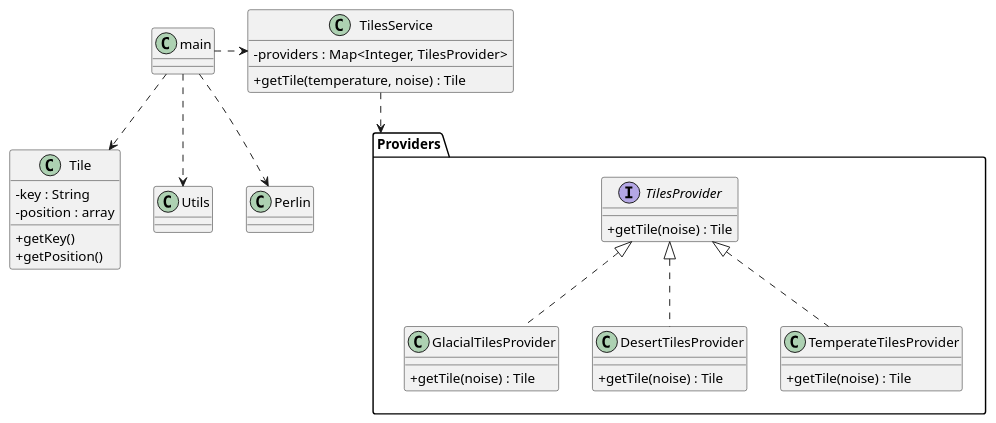
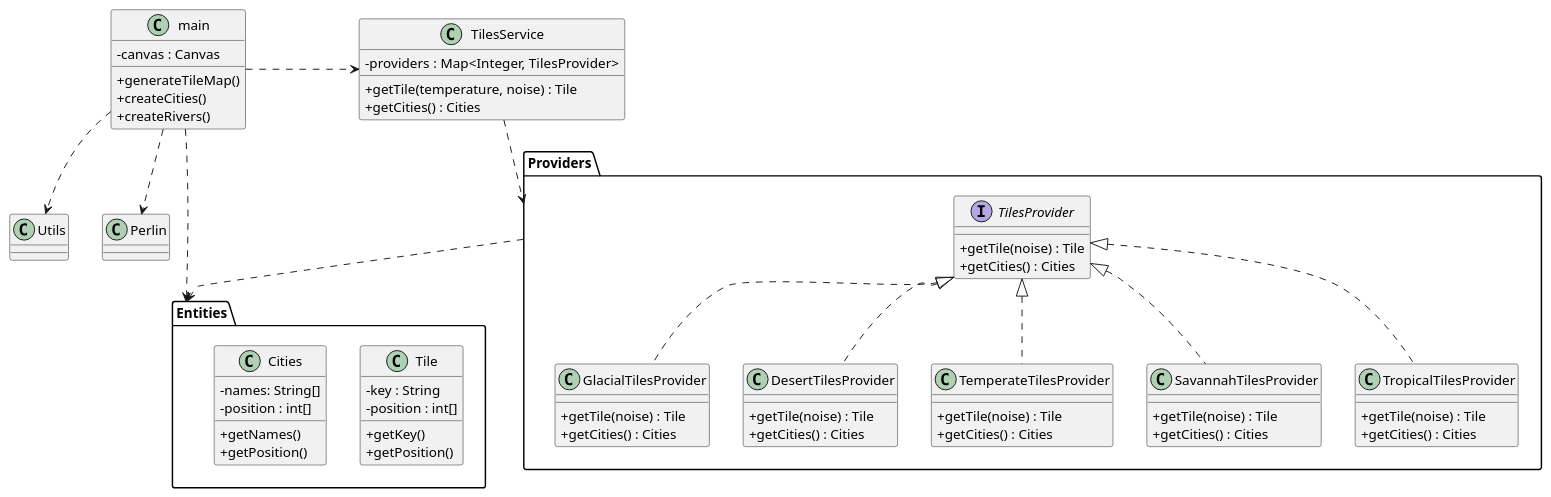
One commit to Jogak/MapGenerator changed the diagram in uml/structure.puml. Above: the diagram before and after it, drawn with PlantUML. The commit also changed 3 other files, not shown here.

Commit message:
Useless elements removed + uml updated

```diff
--- a/uml/structure.puml
+++ b/uml/structure.puml
@@ -1,52 +1,85 @@
 @startuml
 skinparam classAttributeIconSize 0
 
 class main {
-
+    - canvas : Canvas
+    + generateTileMap()
+    + createCities()
+    + createRivers()
 }
 
 class TilesService {
     - providers : Map<Integer, TilesProvider>
     + getTile(temperature, noise) : Tile
+    + getCities() : Cities
 }
 
 package Providers {
 
 interface TilesProvider {
     +getTile(noise) : Tile
+    +getCities() : Cities
 }
 
 class GlacialTilesProvider {
     +getTile(noise) : Tile
+    +getCities() : Cities
 }
 
 class DesertTilesProvider {
     +getTile(noise) : Tile
+    +getCities() : Cities
 }
 
 class TemperateTilesProvider {
     +getTile(noise) : Tile
+    +getCities() : Cities
+}
+
+class SavannahTilesProvider {
+    +getTile(noise) : Tile
+    +getCities() : Cities
+}
+
+class TropicalTilesProvider {
+    +getTile(noise) : Tile
+    +getCities() : Cities
 }
 
 }
 
+package Entities {
+
 class Tile {
     - key : String
-    - position : array
+    - position : int[]
     + getKey()
     + getPosition()
 }
 
+class Cities {
+    - names: String[]
+    - position : int[]
+    + getNames()
+    + getPosition()
+}
+
+}
+
 main .right.> TilesService
-main ..> Tile
+main ..> Entities
 main ..> Utils
 main ..> Perlin
 
 TilesService ..> Providers
 
 GlacialTilesProvider .up.|> TilesProvider
 DesertTilesProvider .up.|> TilesProvider
 TemperateTilesProvider .up.|> TilesProvider
+SavannahTilesProvider .up.|> TilesProvider
+TropicalTilesProvider .up.|> TilesProvider
+
+Providers ..> Entities
 
 
 @enduml
```
